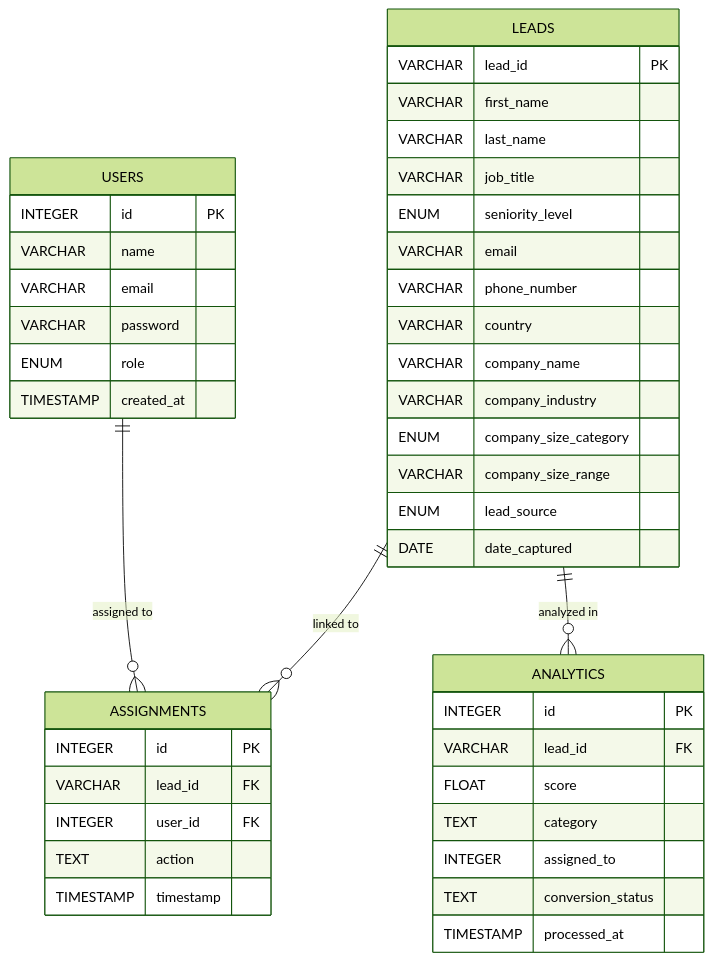
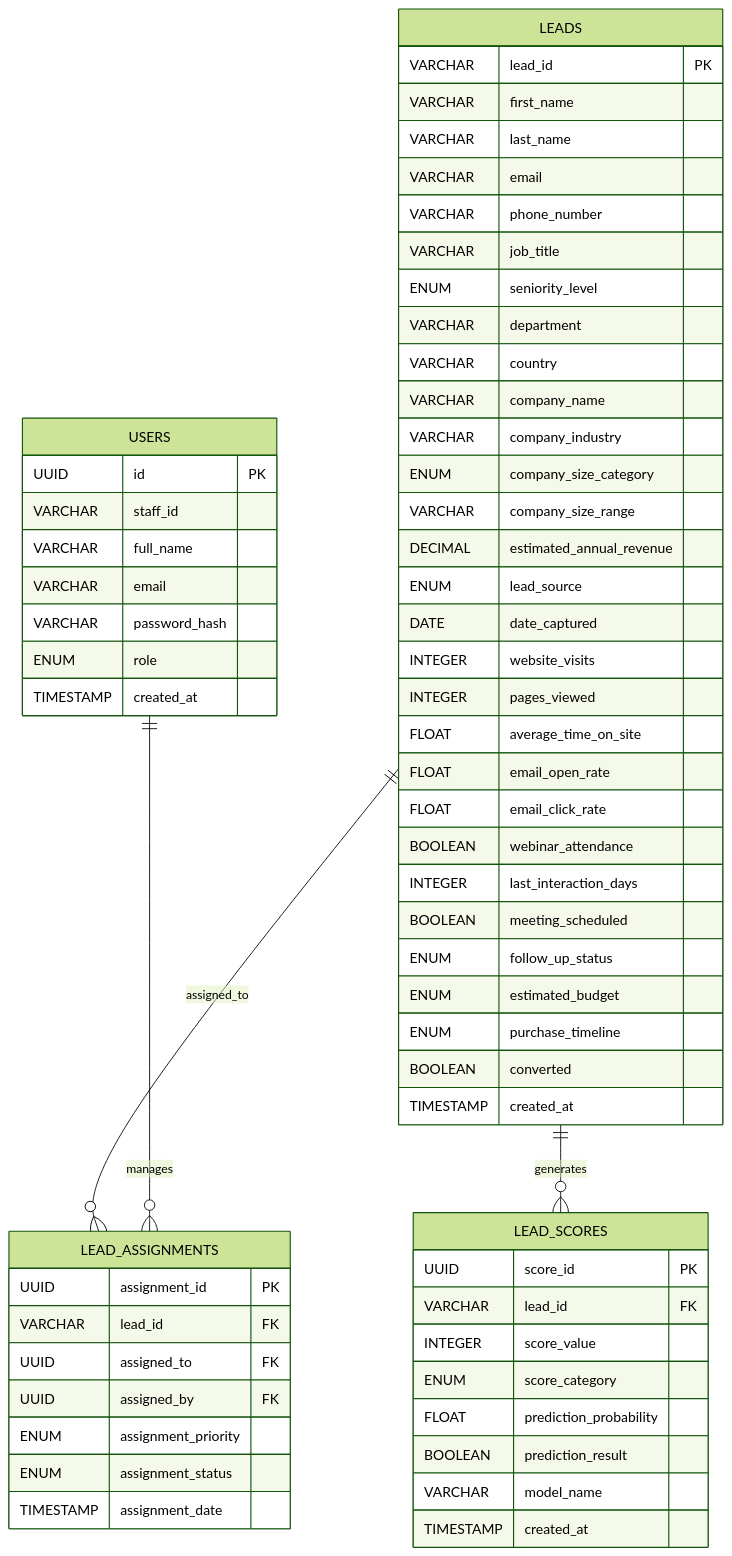
One commit to MichealAniC/Intelligenet-Sales-Automation-Saas changed the fourth of 4 diagrams in README.md. Above: the diagram before and after it, drawn with Mermaid (forest theme). The commit also changed other lines of this file, not shown here.

````diff
--- a/README.md
+++ b/README.md
@@ -445,50 +415,70 @@
 ```mermaid
 erDiagram
+
     USERS {
-        INTEGER id PK
-        VARCHAR name
+        UUID id PK
+        VARCHAR staff_id
+        VARCHAR full_name
         VARCHAR email
-        VARCHAR password
+        VARCHAR password_hash
         ENUM role
         TIMESTAMP created_at
     }
 
     LEADS {
         VARCHAR lead_id PK
         VARCHAR first_name
         VARCHAR last_name
+        VARCHAR email
+        VARCHAR phone_number
         VARCHAR job_title
         ENUM seniority_level
-        VARCHAR email
-        VARCHAR phone_number
+        VARCHAR department
         VARCHAR country
         VARCHAR company_name
         VARCHAR company_industry
         ENUM company_size_category
         VARCHAR company_size_range
+        DECIMAL estimated_annual_revenue
         ENUM lead_source
         DATE date_captured
+        INTEGER website_visits
+        INTEGER pages_viewed
+        FLOAT average_time_on_site
+        FLOAT email_open_rate
+        FLOAT email_click_rate
+        BOOLEAN webinar_attendance
+        INTEGER last_interaction_days
+        BOOLEAN meeting_scheduled
+        ENUM follow_up_status
+        ENUM estimated_budget
+        ENUM purchase_timeline
+        BOOLEAN converted
+        TIMESTAMP created_at
     }
 
-    ASSIGNMENTS {
-        INTEGER id PK
+    LEAD_SCORES {
+        UUID score_id PK
         VARCHAR lead_id FK
-        INTEGER user_id FK
-        TEXT action
-        TIMESTAMP timestamp
+        INTEGER score_value
+        ENUM score_category
+        FLOAT prediction_probability
+        BOOLEAN prediction_result
+        VARCHAR model_name
+        TIMESTAMP created_at
     }
 
-    ANALYTICS {
-        INTEGER id PK
+    LEAD_ASSIGNMENTS {
+        UUID assignment_id PK
         VARCHAR lead_id FK
-        FLOAT score
-        TEXT category
-        INTEGER assigned_to
-        TEXT conversion_status
-        TIMESTAMP processed_at
+        UUID assigned_to FK
+        UUID assigned_by FK
+        ENUM assignment_priority
+        ENUM assignment_status
+        TIMESTAMP assignment_date
     }
 
-    USERS ||--o{ ASSIGNMENTS : "assigned to"
-    LEADS ||--o{ ASSIGNMENTS : "linked to"
-    LEADS ||--o{ ANALYTICS : "analyzed in"
+    LEADS ||--o{ LEAD_SCORES : generates
+    LEADS ||--o{ LEAD_ASSIGNMENTS : assigned_to
+    USERS ||--o{ LEAD_ASSIGNMENTS : manages
 ```
````
